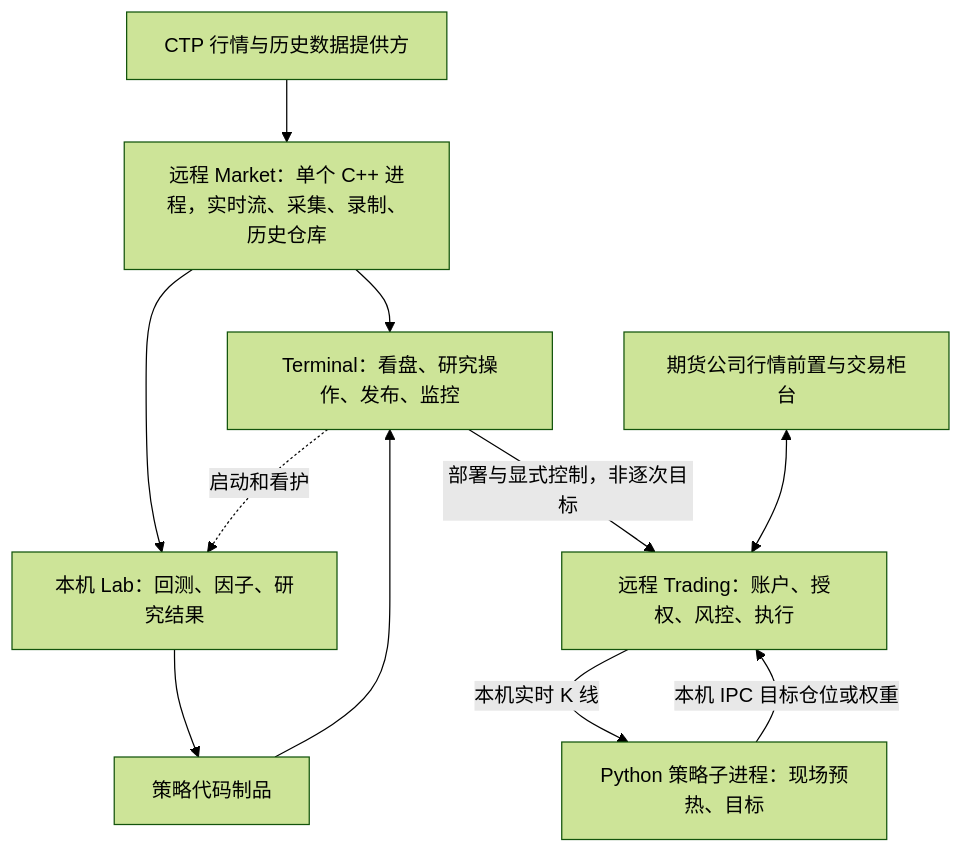
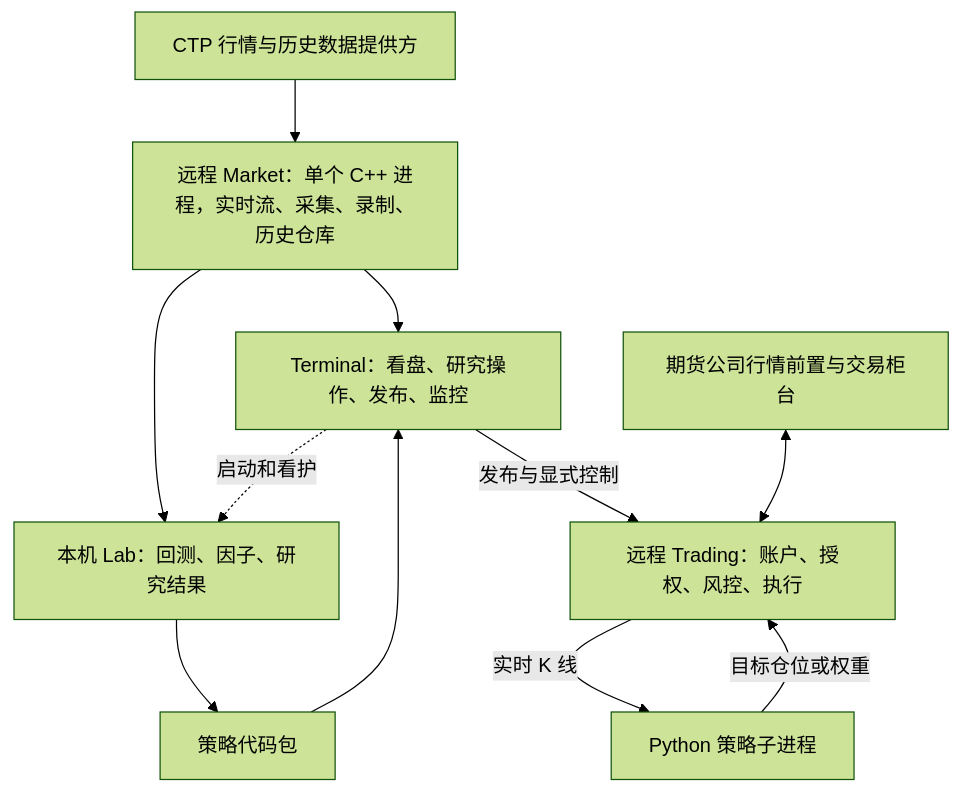
Before and after one commit to isqiwen/asterion-terminal: the diagram in docs/architecture.md, drawn with Mermaid (forest theme). The commit also changed other lines of this file and 12 other files, not shown here.

````diff
--- a/docs/architecture.md
+++ b/docs/architecture.md
@@ -9,13 +5,13 @@
 ```mermaid
 flowchart TB
   Providers[CTP 行情与历史数据提供方] --> Market[远程 Market：单个 C++ 进程，实时流、采集、录制、历史仓库]
   Market --> Terminal[Terminal：看盘、研究操作、发布、监控]
   Market --> Lab[本机 Lab：回测、因子、研究结果]
   Terminal -.启动和看护.-> Lab
-  Lab --> Package[策略代码制品]
+  Lab --> Package[策略代码包]
   Package --> Terminal
-  Terminal -->|部署与显式控制，非逐次目标| Trading[远程 Trading：账户、授权、风控、执行]
+  Terminal -->|发布与显式控制| Trading[远程 Trading：账户、授权、风控、执行]
   Counter[期货公司行情前置与交易柜台] <--> Trading
-  Trading -->|本机实时 K 线| Strategy[Python 策略子进程：现场预热、目标]
-  Strategy -->|本机 IPC 目标仓位或权重| Trading
+  Trading -->|实时 K 线| Strategy[Python 策略子进程]
+  Strategy -->|目标仓位或权重| Trading
 ```
````
